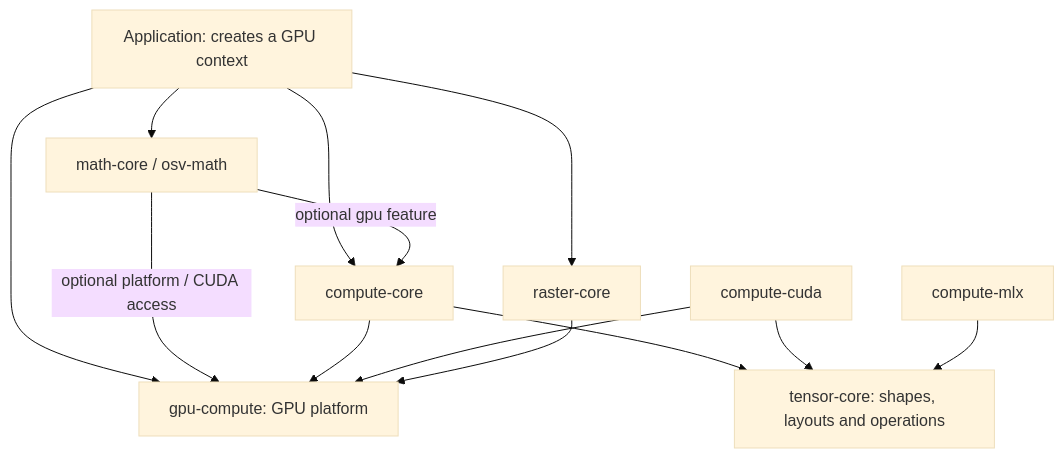
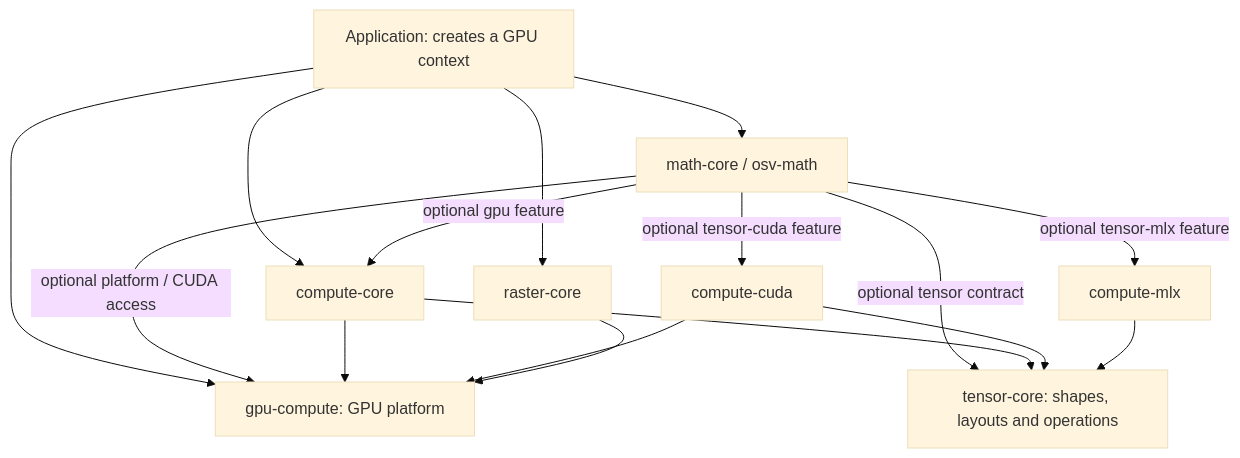
Before and after one commit to themoretheless/open-scad-viewer: the diagram in docs/design/gpu-library-architecture.md, drawn with Mermaid (base theme). The commit also changed other lines of this file and 65 other files, not shown here.

Commit message:
feat(math): share resident geometry across WGSL CUDA and MLX

````diff
--- a/docs/design/gpu-library-architecture.md
+++ b/docs/design/gpu-library-architecture.md
@@ -17,23 +17,26 @@
 ```mermaid
 flowchart TD
     App[Application: creates a GPU context]
     Math[math-core / osv-math]
     Compute[compute-core]
     Raster[raster-core]
     GPU[gpu-compute: GPU platform]
     Tensor[tensor-core: shapes, layouts and operations]
     CUDA[compute-cuda]
     MLX[compute-mlx]
     App --> Math
     App --> Compute
     App --> Raster
     App --> GPU
     Math -->|optional gpu feature| Compute
     Math -->|optional platform / CUDA access| GPU
+    Math -->|optional tensor contract| Tensor
+    Math -->|optional tensor-cuda feature| CUDA
+    Math -->|optional tensor-mlx feature| MLX
     Compute --> GPU
     Compute --> Tensor
     CUDA --> GPU
     CUDA --> Tensor
     MLX --> Tensor
     Raster --> GPU
 ```
````
